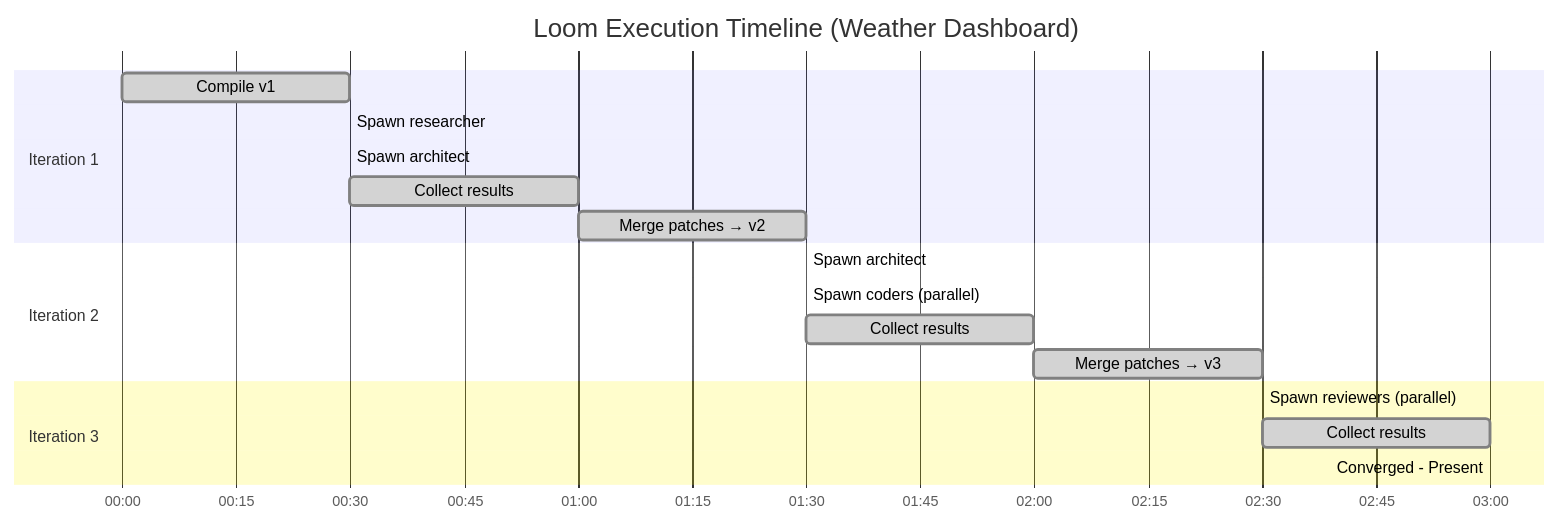
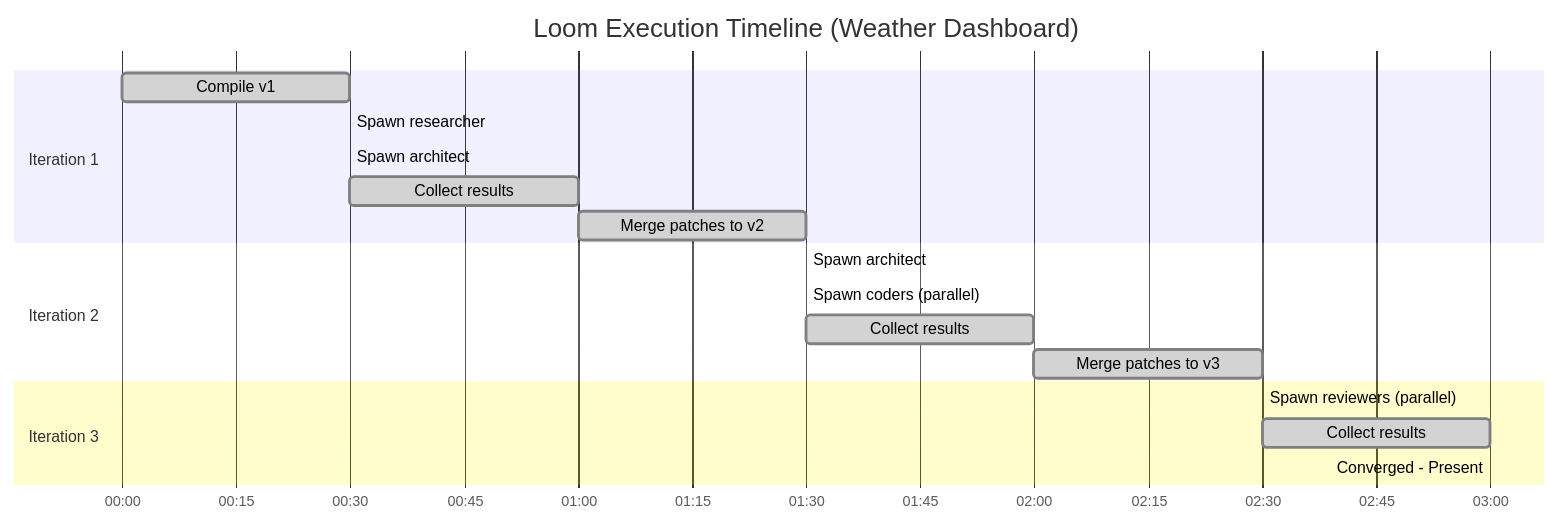
Before and after one commit to steelheadforever/Loom: the fifth of 9 diagrams in DIAGRAMS.md, drawn with Mermaid. The commit also changed other lines of this file and 9 other files, not shown here.

````diff
--- a/DIAGRAMS.md
+++ b/DIAGRAMS.md
@@ -236,24 +210,24 @@
 ```mermaid
 gantt
     title Loom Execution Timeline (Weather Dashboard)
     dateFormat X
     axisFormat %M:%S
 
     section Iteration 1
     Compile v1           :done, c1, 0, 30s
     Spawn researcher     :done, s1, after c1, 5min
     Spawn architect      :done, s2, after s1, 5min
     Collect results      :done, col1, after s2, 30s
-    Merge patches → v2   :done, m1, after col1, 30s
+    Merge patches to v2  :done, m1, after col1, 30s
 
     section Iteration 2
     Spawn architect      :done, s3, after m1, 5min
     Spawn coders (parallel) :done, s4, after s3, 5min
     Collect results      :done, col2, after s4, 30s
-    Merge patches → v3   :done, m2, after col2, 30s
+    Merge patches to v3  :done, m2, after col2, 30s
 
     section Iteration 3
     Spawn reviewers (parallel) :done, s5, after m2, 5min
     Collect results      :done, col3, after s5, 30s
     Converged - Present  :done, pres, after col3, 1min
 ```
````
